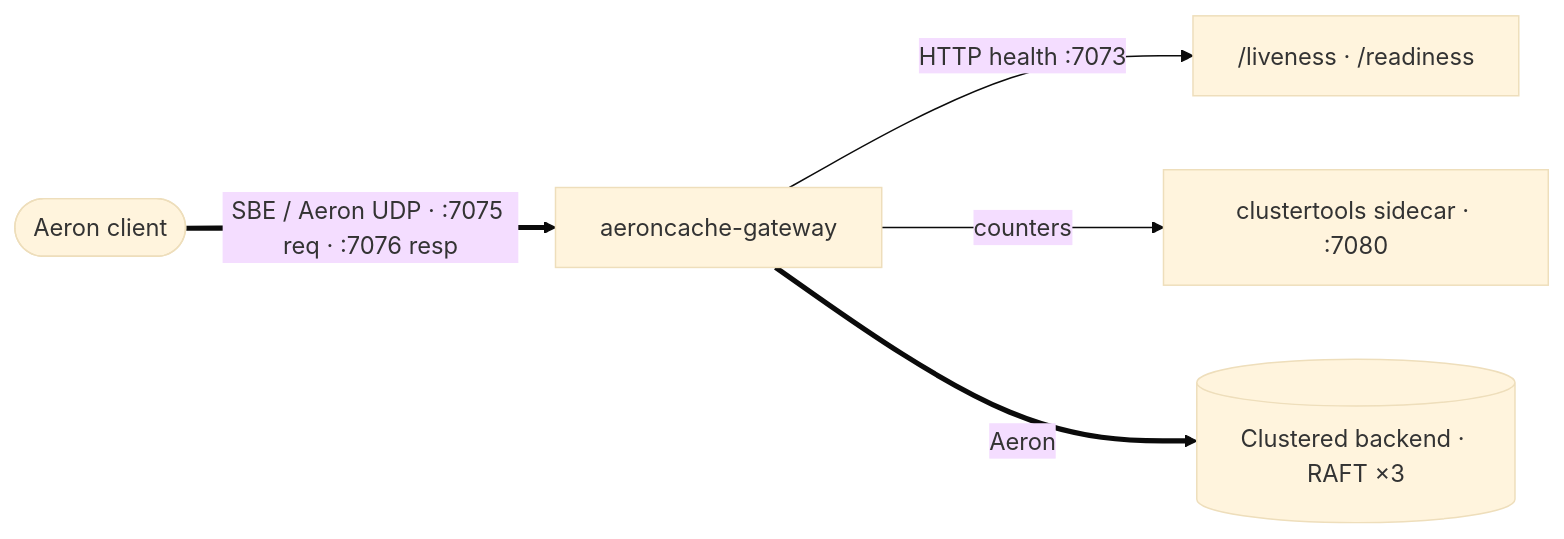
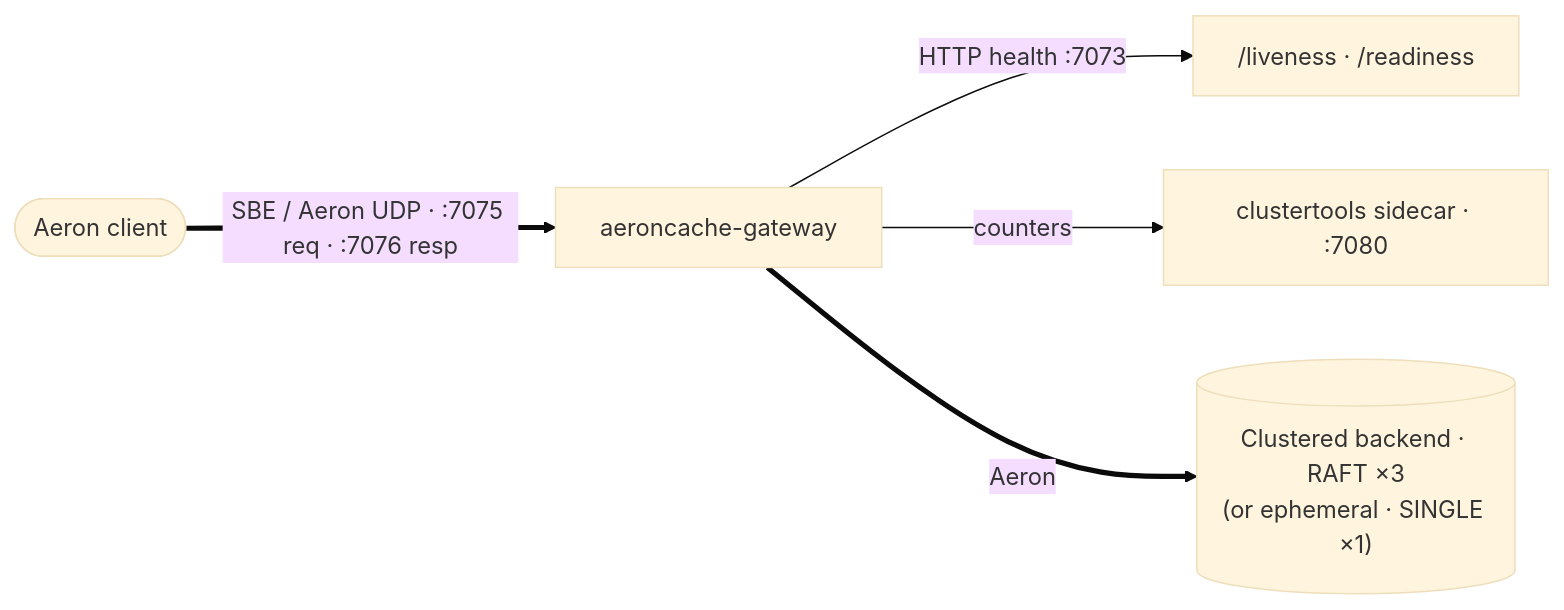
Before and after one commit to bhf/aeron-cache-patterns: the diagram in patterns/aeron-gateway/README.md, drawn with Mermaid (base theme). The commit also changed other lines of this file and 22 other files, not shown here.

````diff
--- a/patterns/aeron-gateway/README.md
+++ b/patterns/aeron-gateway/README.md
@@ -24,7 +26,7 @@
 ```mermaid
 flowchart LR
   client([Aeron client]) ==>|"SBE / Aeron UDP · :7075 req · :7076 resp"| gw["aeroncache-gateway"]
   gw -->|"HTTP health :7073"| health["/liveness · /readiness"]
   gw -->|counters| ct["clustertools sidecar · :7080"]
-  gw ==>|Aeron| cluster[("Clustered backend · RAFT ×3")]
+  gw ==>|Aeron| cluster[("Clustered backend · RAFT ×3<br/>(or ephemeral · SINGLE ×1)")]
 ```
````
